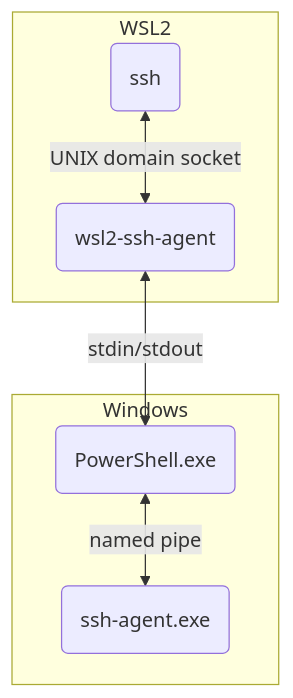
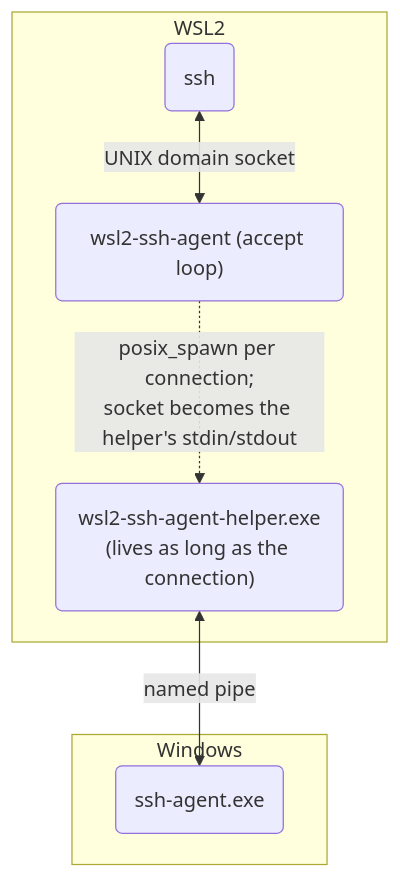
Before and after one commit to Ray05202006/wsl2-ssh-agent: the diagram in README.md, drawn with Mermaid. The commit also changed other lines of this file and 1 other file, not shown here.

First line of the commit message:
Document the new architecture, measurements and trade-offs

````diff
--- a/README.md
+++ b/README.md
@@ -151,10 +137,10 @@
 ```mermaid
 graph TB
 subgraph WSL2
-  A(ssh) <-->|UNIX domain socket| B("wsl2-ssh-agent")
+  A(ssh) <-->|UNIX domain socket| B("wsl2-ssh-agent (accept loop)")
+  B -.->|posix_spawn per connection;<br/>socket becomes the helper's stdin/stdout| C
 end
 subgraph Windows
-  B <-->|stdin/stdout| C("PowerShell.exe")
-  C <-->|named pipe| D(ssh-agent.exe)
+  C("wsl2-ssh-agent-helper.exe<br/>(lives as long as the connection)") <-->|named pipe| D(ssh-agent.exe)
 end
 ```
````
